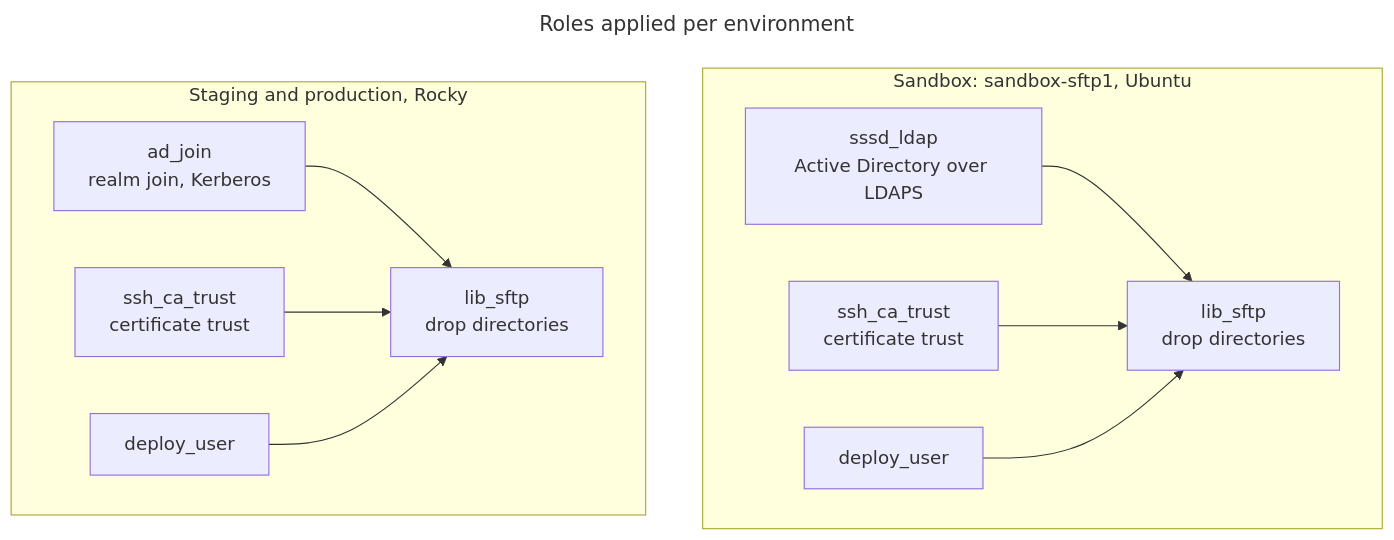
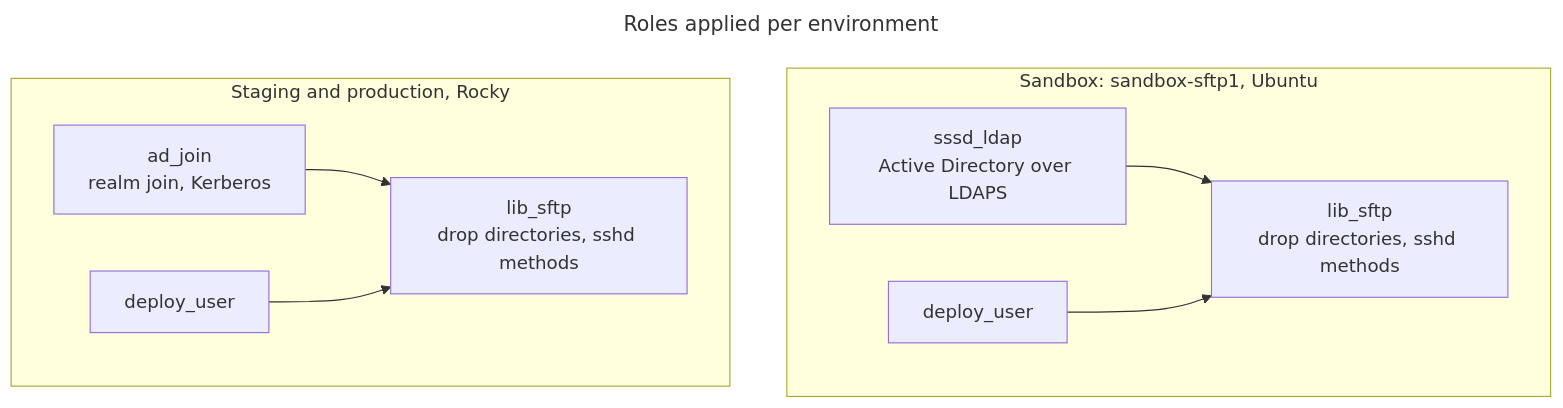
One commit to pulibrary/princeton_ansible changed the second of 2 diagrams in roles/lib_sftp/AUTH_FLOW.md. Above: the diagram before and after it, drawn with Mermaid. The commit also changed other lines of this file and 18 other files, not shown here.

First line of the commit message:
[lib_sftp] own the SFTP password settings instead of borrowing them

````diff
--- a/roles/lib_sftp/AUTH_FLOW.md
+++ b/roles/lib_sftp/AUTH_FLOW.md
@@ -99,16 +61,14 @@
 ```mermaid
 ---
 title: "Roles applied per environment"
 ---
 flowchart TD
   subgraph sandbox["Sandbox: sandbox-sftp1, Ubuntu"]
-    C1[sssd_ldap<br/>Active Directory over LDAPS] --> D1[lib_sftp<br/>drop directories]
-    C2[ssh_ca_trust<br/>certificate trust] --> D1
-    C3[deploy_user] --> D1
+    C1["sssd_ldap<br/>Active Directory over LDAPS"] --> D1["lib_sftp<br/>drop directories, sshd methods"]
+    C3["deploy_user"] --> D1
   end
   subgraph prod["Staging and production, Rocky"]
-    A1[ad_join<br/>realm join, Kerberos] --> B1[lib_sftp<br/>drop directories]
-    A2[ssh_ca_trust<br/>certificate trust] --> B1
-    A3[deploy_user] --> B1
+    A1["ad_join<br/>realm join, Kerberos"] --> B1["lib_sftp<br/>drop directories, sshd methods"]
+    A3["deploy_user"] --> B1
   end
 ```
````
